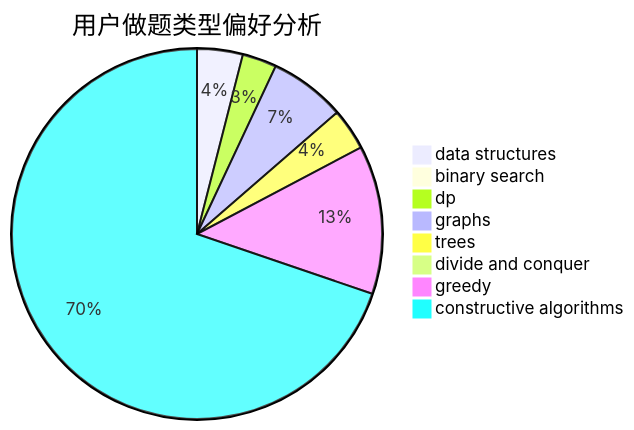
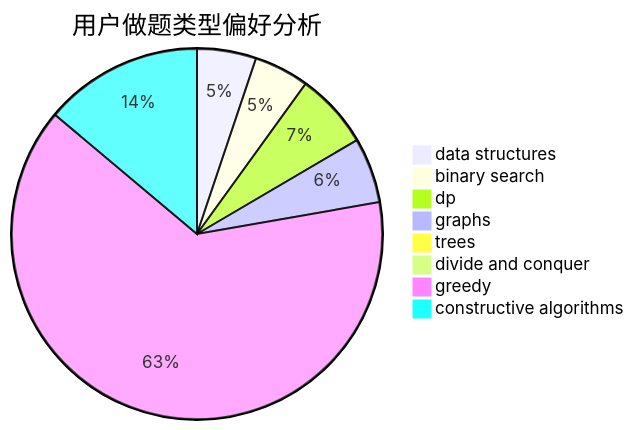
One commit to sherpahu/cfrs.github.io changed the second of 3 diagrams in docs/user/u690.md. Above: the diagram before and after it, drawn with Mermaid. The commit also changed other lines of this file and 2770 other files, not shown here.

````diff
--- a/docs/user/u690.md
+++ b/docs/user/u690.md
@@ -23,11 +23,11 @@
 ```mermaid
 pie title 用户做题类型偏好分析
-    "data structures" :  24
-    "binary search" :  1
-    "dp" :  18
-    "graphs" :  40
-    "trees" :  22
+    "data structures" :  29
+    "binary search" :  27
+    "dp" :  37
+    "graphs" :  32
+    "trees" :  5
     "divide and conquer" :  0
-    "greedy" :  78
-    "constructive algorithms" :  420
+    "greedy" :  359
+    "constructive algorithms" :  78
 ```
````
